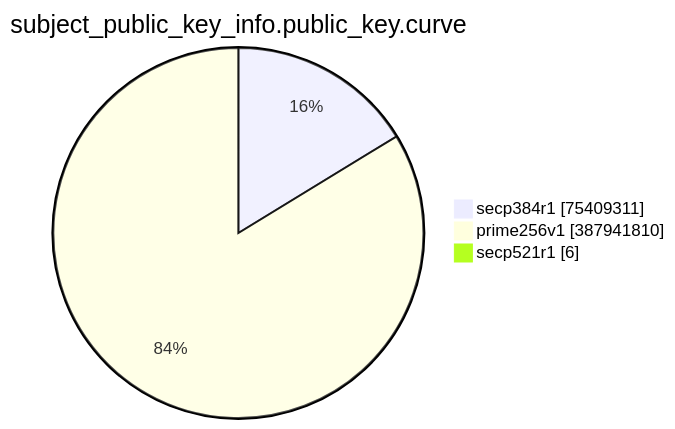
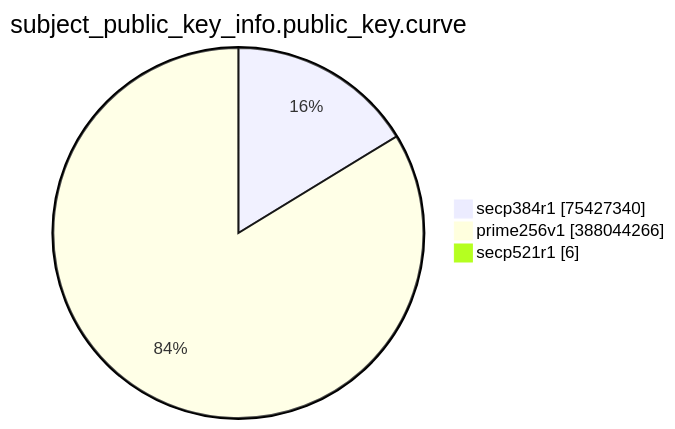
Before and after one commit to christiankrug/ctmonitor_visualization: the eighth of 15 diagrams in TOTAL/README.md, drawn with Mermaid. The commit also changed other lines of this file, not shown here.

````diff
--- a/TOTAL/README.md
+++ b/TOTAL/README.md
@@ -3094,7 +3094,7 @@
 ```mermaid
 pie showData
 title subject_public_key_info.public_key.curve
-"secp384r1" :75409311
-"prime256v1" :387941810
+"secp384r1" :75427340
+"prime256v1" :388044266
 "secp521r1" :6
 ```
````
